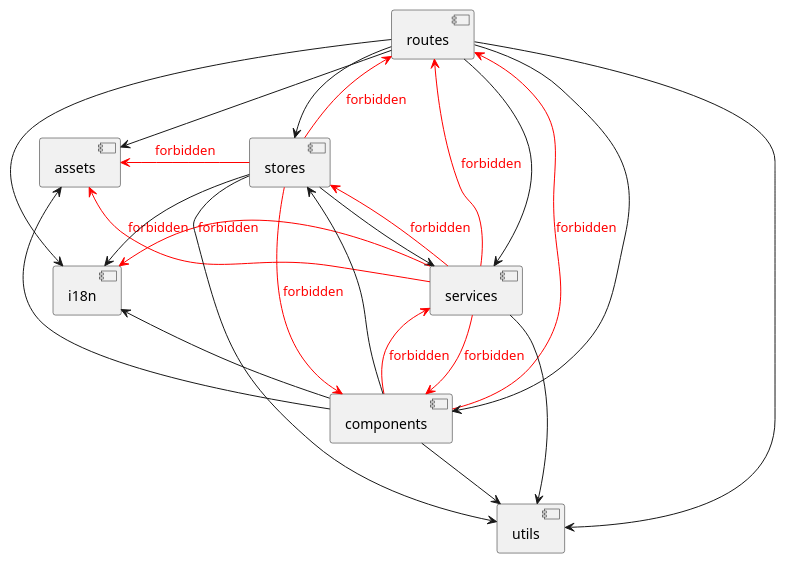
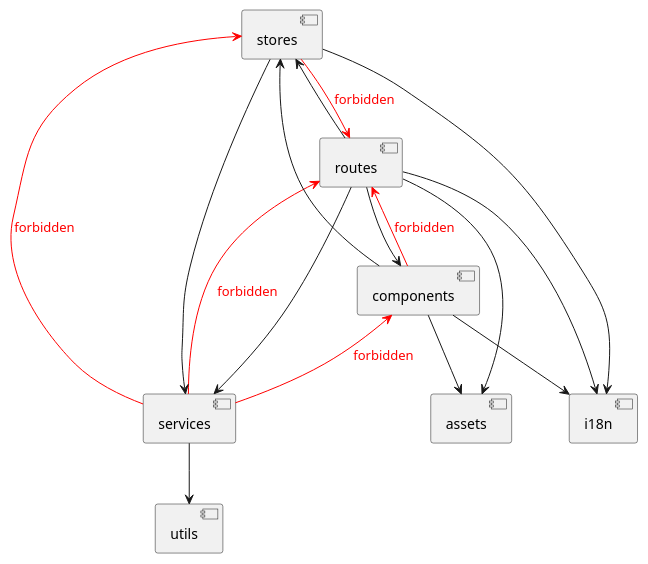
One commit to SQS-THRO/Tanker24 changed the second of 2 diagrams in docs/arc42/08_crosscutting_concepts.md. Above: the diagram before and after it, drawn with PlantUML. The commit also changed other lines of this file, not shown here.

Commit message:
reduce arch-tests diagram to most important import rules to make it more comprehensive

````diff
--- a/docs/arc42/08_crosscutting_concepts.md
+++ b/docs/arc42/08_crosscutting_concepts.md
@@ -253,40 +254,32 @@
 ```puml
 [routes]
 [components]
 [services]
 [stores]
 [i18n]
 [utils]
 [assets]
 
 ' --- forbidden ---
 [components] -[#red]up-> [routes]: <color:red>forbidden</color>
-[components] -[#red]left-> [services]: <color:red>forbidden</color>
+[stores] -[#red]right-> [routes]: <color:red>forbidden</color>
 [services] -[#red]up-> [routes]: <color:red>forbidden</color>
-[services] -[#red]left-> [components]: <color:red>forbidden</color>
-[services] -[#red]left-> [stores]: <color:red>forbidden</color>
-[services] -[#red]left-> [i18n]: <color:red>forbidden</color>
-[services] -[#red]left-> [assets]: <color:red>forbidden</color>
-[stores] -[#red]up-> [routes]: <color:red>forbidden</color>
-[stores] -[#red]left-> [components]: <color:red>forbidden</color>
-[stores] -[#red]left-> [assets]: <color:red>forbidden</color>
+[services] -[#red]up-> [components]: <color:red>forbidden</color>
+[services] -[#red]up-> [stores]: <color:red>forbidden</color>
 
 ' --- allowed ---
 [routes] -down-> [components]
 [routes] -down-> [services]
 [routes] -down-> [stores]
 [routes] -down-> [i18n]
-[routes] -down-> [utils]
 [routes] -down-> [assets]
 
 [components] -down-> [stores]
 [components] -down-> [i18n]
-[components] -down-> [utils]
 [components] -down-> [assets]
 
 [services] -down-> [utils]
 
 [stores] -down-> [services]
 [stores] -down-> [i18n]
-[stores] -down-> [utils]
 ```
````
